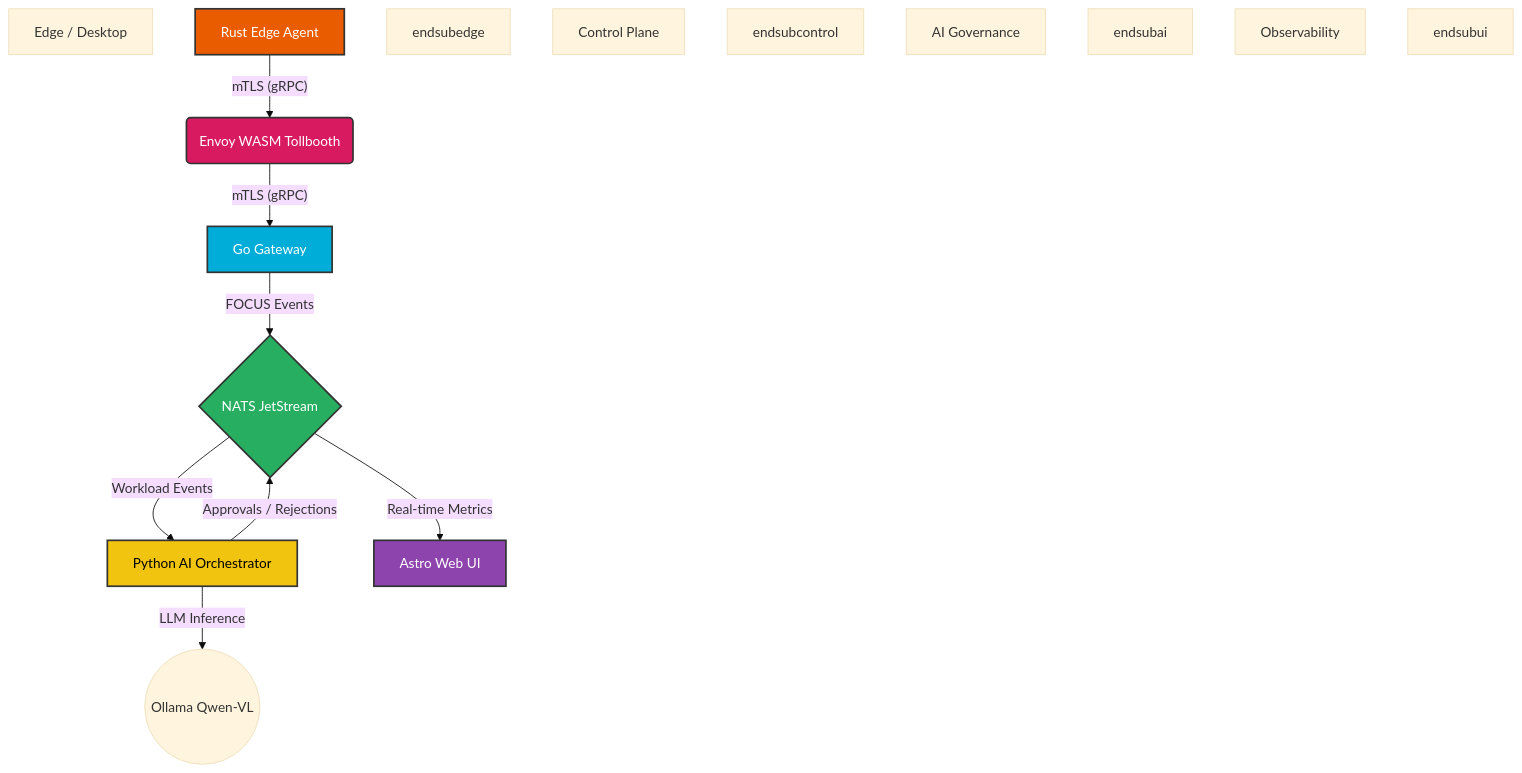
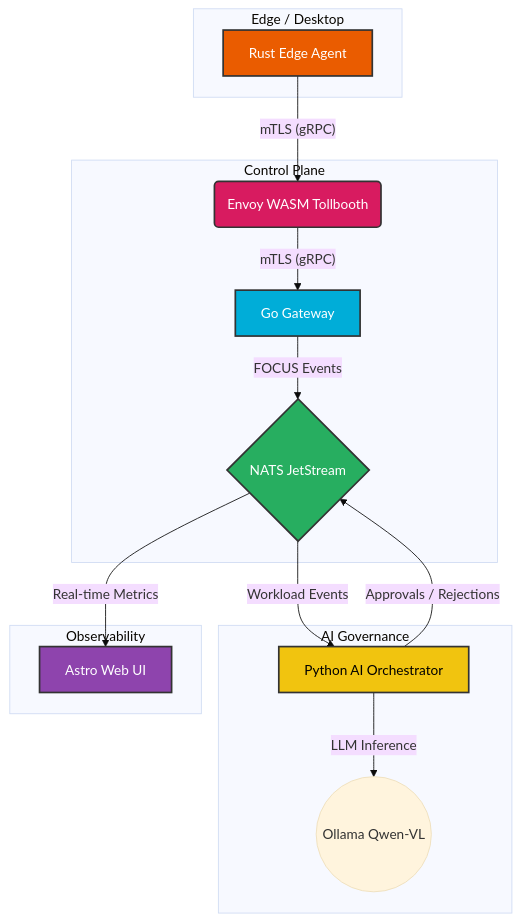
One commit to Niutaq/Oentike changed the diagram in README.md. Above: the diagram before and after it, drawn with Mermaid (base theme).

Commit message:
docs: fix mermaid subgraph syntax

````diff
--- a/README.md
+++ b/README.md
@@ -27,36 +27,36 @@
 ```mermaid
 graph TD
-    subedge[Edge / Desktop]
+    subgraph edge [Edge / Desktop]
         A[Rust Edge Agent]
-    endsubedge
+    end
 
-    subcontrol[Control Plane]
+    subgraph control [Control Plane]
         B(Envoy WASM Tollbooth)
         C[Go Gateway]
         D{NATS JetStream}
-    endsubcontrol
+    end
     
-    subai[AI Governance]
+    subgraph ai [AI Governance]
         F[Python AI Orchestrator]
         G((Ollama Qwen-VL))
-    endsubai
+    end
     
-    subui[Observability]
+    subgraph ui [Observability]
         E[Astro Web UI]
-    endsubui
+    end
 
     A -- "mTLS (gRPC)" --> B
     B -- "mTLS (gRPC)" --> C
     C -- "FOCUS Events" --> D
     D -- "Real-time Metrics" --> E
     D -- "Workload Events" --> F
     F -- "LLM Inference" --> G
     F -- "Approvals / Rejections" --> D
     
     style A fill:#ea5c00,stroke:#333,stroke-width:2px,color:#fff
     style B fill:#d81b60,stroke:#333,stroke-width:2px,color:#fff
     style C fill:#00add8,stroke:#333,stroke-width:2px,color:#fff
     style D fill:#27ae60,stroke:#333,stroke-width:2px,color:#fff
     style E fill:#8e44ad,stroke:#333,stroke-width:2px,color:#fff
     style F fill:#f1c40f,stroke:#333,stroke-width:2px,color:#000
 ```
````
